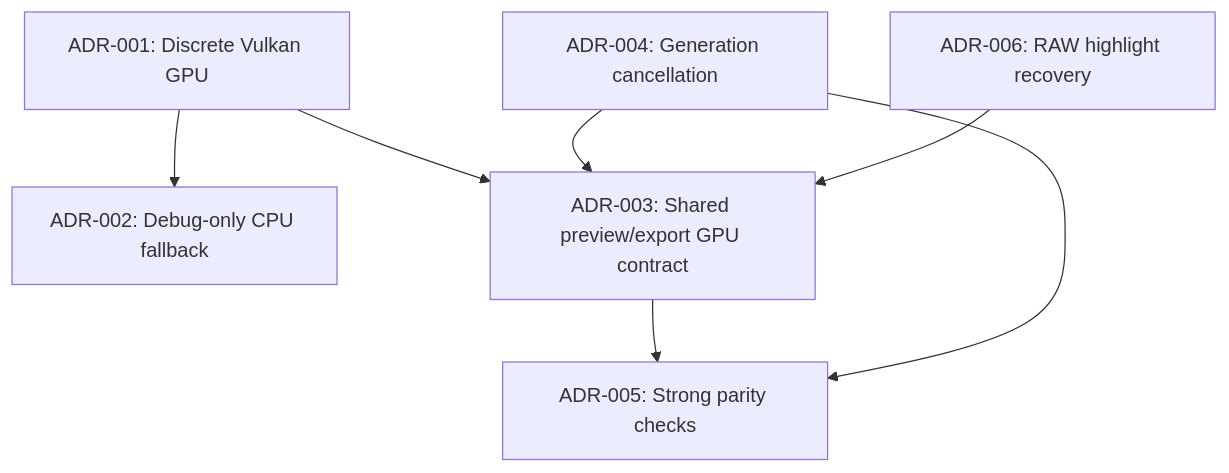
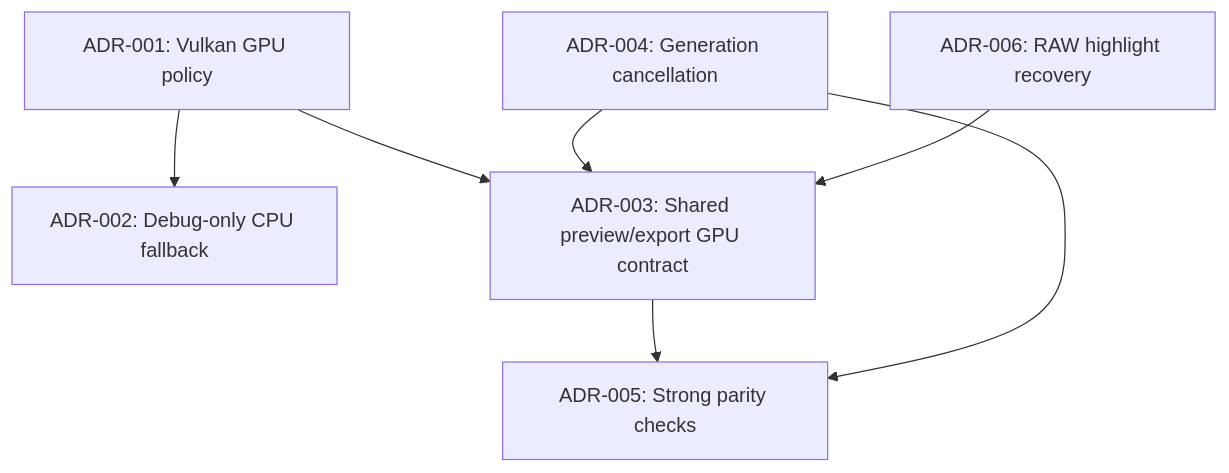
The diagram in docs/pipeline-decisions.md (divanvisagie/Photograph), drawn with Mermaid before and after one commit. The commit also changed other lines of this file and 2 other files, not shown here.

First line of the commit message:
docs: update Vulkan GPU policy wording

````diff
--- a/docs/pipeline-decisions.md
+++ b/docs/pipeline-decisions.md
@@ -71,9 +71,9 @@
 ```mermaid
 flowchart TD
-    A[ADR-001: Discrete Vulkan GPU] --> B[ADR-002: Debug-only CPU fallback]
+    A[ADR-001: Vulkan GPU policy] --> B[ADR-002: Debug-only CPU fallback]
     A --> C[ADR-003: Shared preview/export GPU contract]
     C --> E[ADR-005: Strong parity checks]
     D[ADR-004: Generation cancellation] --> C
     D --> E
     F[ADR-006: RAW highlight recovery] --> C
 ```
````
